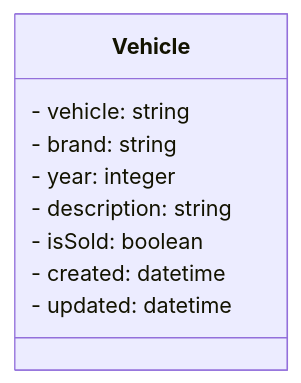
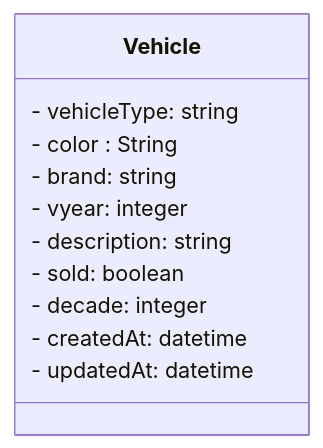
One commit to glauberosouzadev/vehicleregistry changed the diagram in README.md. Above: the diagram before and after it, drawn with Mermaid. The commit also changed other lines of this file, not shown here.

````diff
--- a/README.md
+++ b/README.md
@@ -16,12 +16,14 @@
 ```mermaid
 classDiagram
   class Vehicle {
-    - vehicle: string
+    - vehicleType: string
+    - color : String
     - brand: string
-    - year: integer
+    - vyear: integer
     - description: string
-    - isSold: boolean
-    - created: datetime
-    - updated: datetime
+    - sold: boolean
+    - decade: integer
+    - createdAt: datetime
+    - updatedAt: datetime
   }
 ```
````
